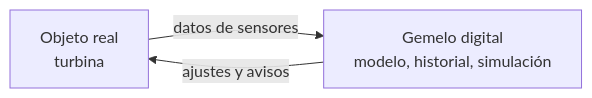
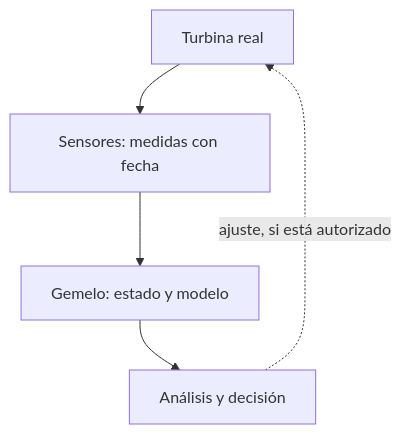
The diagram in src/content/es/articles/gemelo-digital.mdx (nbfrodri/devly), drawn with Mermaid before and after one commit. The commit also changed other lines of this file and 142 other files, not shown here.

````diff
--- a/src/content/es/articles/gemelo-digital.mdx
+++ b/src/content/es/articles/gemelo-digital.mdx
@@ -32,5 +32,7 @@
 ```mermaid
-flowchart LR
-	R["Objeto real<br>turbina"] -- datos de sensores --> G["Gemelo digital<br>modelo, historial, simulación"]
-	G -- ajustes y avisos --> R
+flowchart TD
+	R["Turbina real"] --> S["Sensores: medidas con fecha"]
+	S --> G["Gemelo: estado y modelo"]
+	G --> D["Análisis y decisión"]
+	D -. "ajuste, si está autorizado" .-> R
 ```
````
